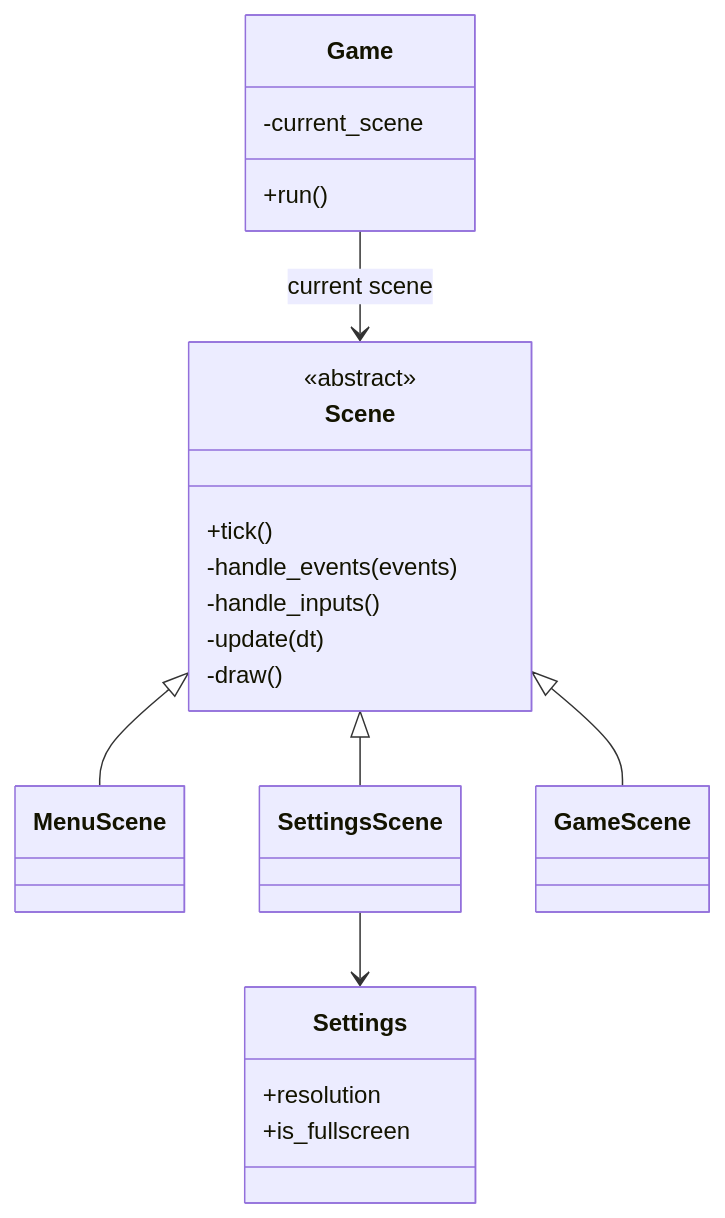
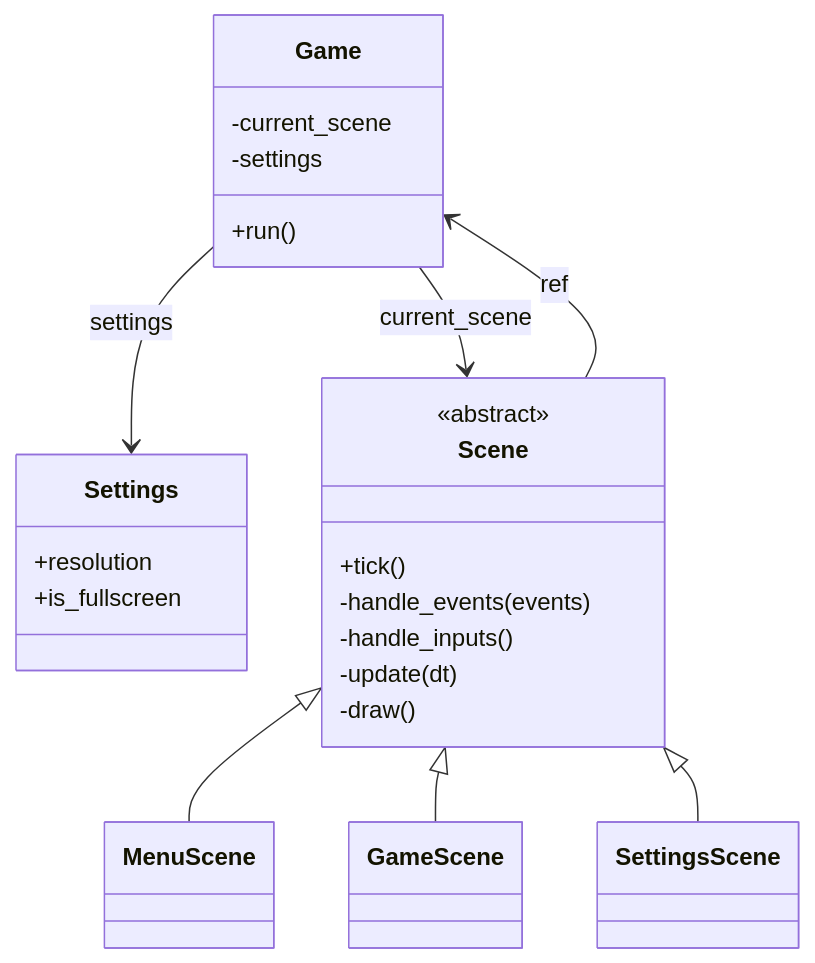
Before and after one commit to Andorryu/ArcadeCollection: the second of 2 diagrams in docs/architecture.md, drawn with Mermaid. The commit also changed other lines of this file and 9 other files, not shown here.

````diff
--- a/docs/architecture.md
+++ b/docs/architecture.md
@@ -21,40 +22,41 @@
 ```mermaid
 
 classDiagram
     class Game {
         -current_scene
+        -settings
         +run()
     }
 
     class Settings {
         +resolution
         +is_fullscreen
     }
 
     class Scene {
         <<abstract>>
         +tick()
         -handle_events(events)
         -handle_inputs()
         -update(dt)
         -draw()
     }
     
     class MenuScene{
         
     }
+    class GameScene{
+
+    }
     class SettingsScene{
 
     }
-    class GameScene{
 
-    }
-
-
-    Game --> Scene : current scene
-    Scene <|-- SettingsScene
+    Game --> Scene : current_scene
+    Scene --> Game : ref
     Scene <|-- MenuScene
     Scene <|-- GameScene
-    SettingsScene --> Settings
+    Scene <|-- SettingsScene
+    Game --> Settings : settings
 
 ```
````
